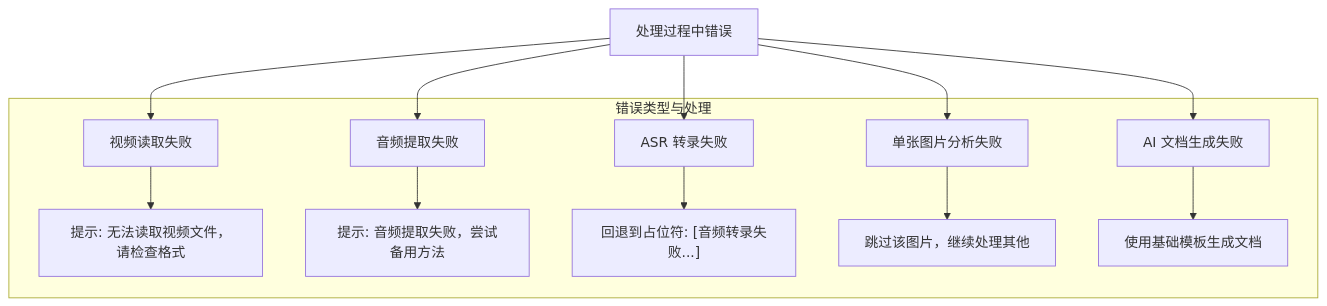
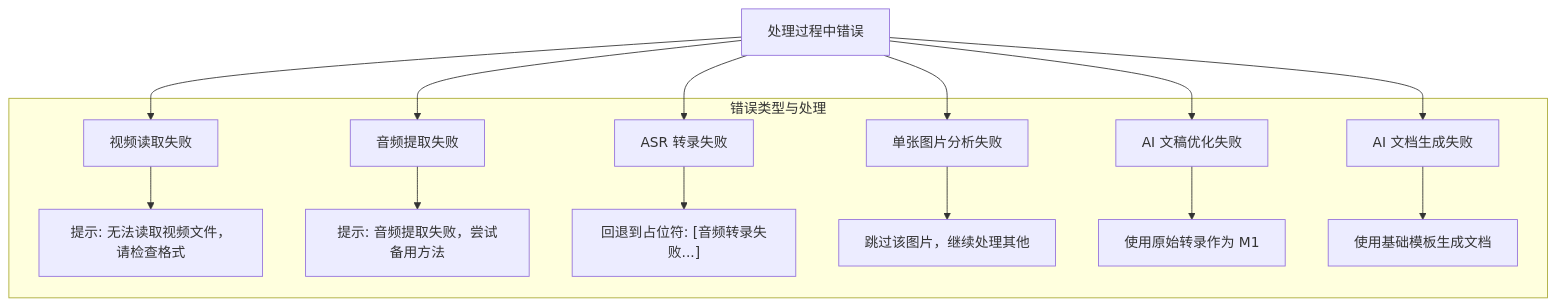
One commit to imchangchang/video2markdown changed the second of 3 diagrams in docs/WORKFLOW.md. Above: the diagram before and after it, drawn with Mermaid. The commit also changed other lines of this file and 3 other files, not shown here.

````diff
--- a/docs/WORKFLOW.md
+++ b/docs/WORKFLOW.md
@@ -118,18 +191,20 @@
 ```mermaid
 flowchart TD
     Error[处理过程中错误]
     
     subgraph Errors [错误类型与处理]
         E1[视频读取失败] --> E1_Res["提示: 无法读取视频文件，请检查格式"]
         E2[音频提取失败] --> E2_Res["提示: 音频提取失败，尝试备用方法"]
         E3[ASR 转录失败] --> E3_Res["回退到占位符: [音频转录失败...]"]
         E4[单张图片分析失败] --> E4_Res["跳过该图片，继续处理其他"]
-        E5[AI 文档生成失败] --> E5_Res["使用基础模板生成文档"]
+        E5[AI 文稿优化失败] --> E5_Res["使用原始转录作为 M1"]
+        E6[AI 文档生成失败] --> E6_Res["使用基础模板生成文档"]
     end
     
     Error --> E1
     Error --> E2
     Error --> E3
     Error --> E4
     Error --> E5
+    Error --> E6
 ```
````
